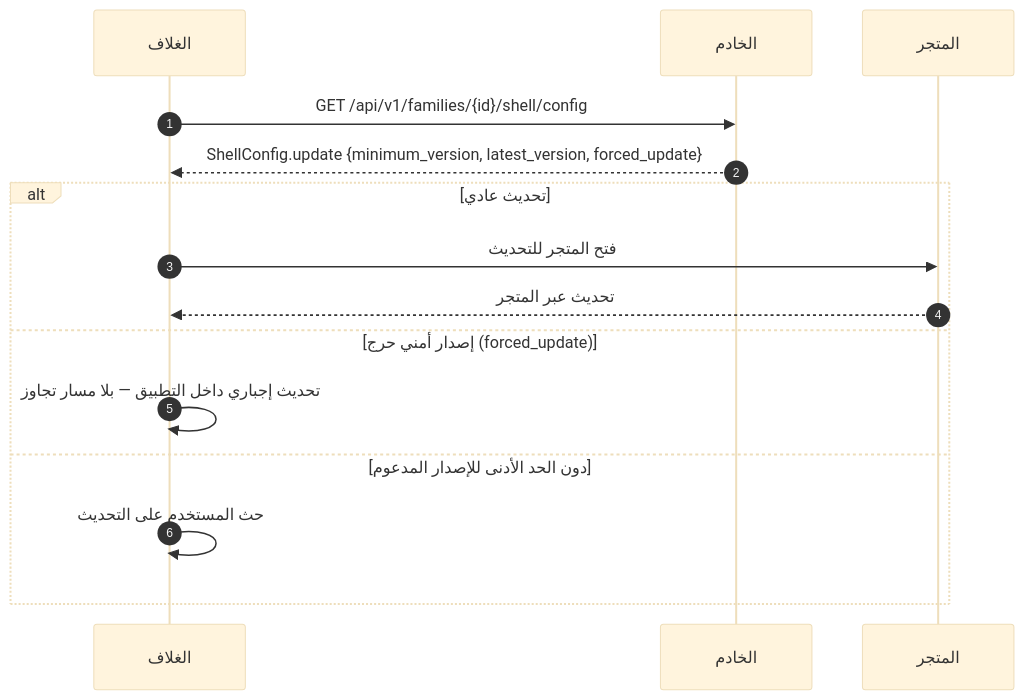
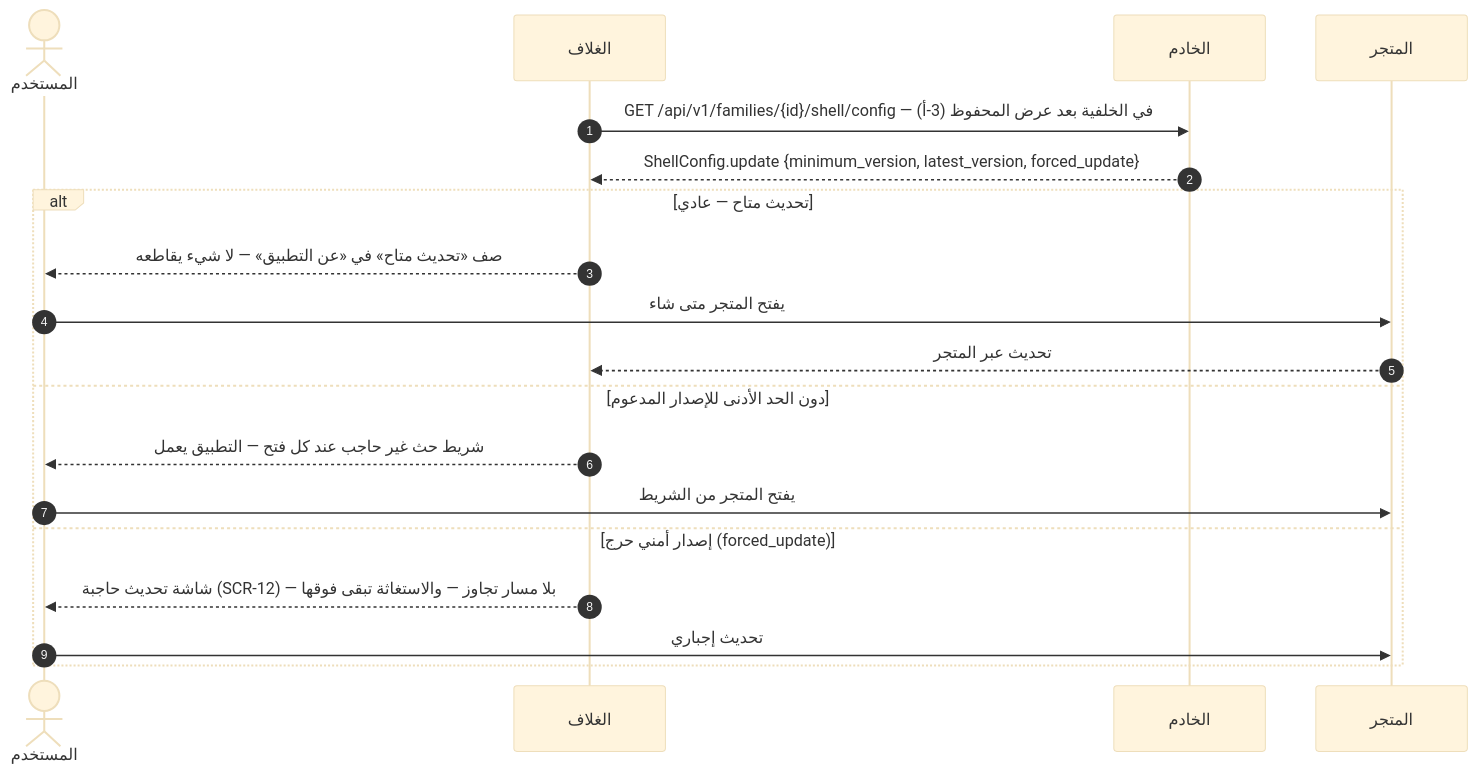
The tenth of 15 diagrams in docs/family-os/governance/phases/phase-1/S1-01-app-shell-and-platform/DIAGRAMS.md (Bassam-mohammed-alqaeadi/family-os-v2), drawn with Mermaid (base theme) before and after one commit. The commit also changed other lines of this file and 13 other files, not shown here.

First line of the commit message:
تحديث المخططات والمستندات بعد إغلاق S1-01 وS1-02 وS1-03 (Q-403)

````diff
--- a/docs/family-os/governance/phases/phase-1/S1-01-app-shell-and-platform/DIAGRAMS.md
+++ b/docs/family-os/governance/phases/phase-1/S1-01-app-shell-and-platform/DIAGRAMS.md
@@ -392,17 +384,21 @@
 ```mermaid
 sequenceDiagram
     autonumber
+    actor User as المستخدم
     participant Shell as الغلاف
     participant Ktor as الخادم
     participant Store as المتجر
-    Shell->>Ktor: GET /api/v1/families/{id}/shell/config
+    Shell->>Ktor: GET /api/v1/families/{id}/shell/config — في الخلفية بعد عرض المحفوظ (3-أ)
     Ktor-->>Shell: ShellConfig.update {minimum_version, latest_version, forced_update}
-    alt تحديث عادي
-        Shell->>Store: فتح المتجر للتحديث
+    alt تحديث متاح — عادي
+        Shell-->>User: صف «تحديث متاح» في «عن التطبيق» — لا شيء يقاطعه
+        User->>Store: يفتح المتجر متى شاء
         Store-->>Shell: تحديث عبر المتجر
+    else دون الحد الأدنى للإصدار المدعوم
+        Shell-->>User: شريط حث غير حاجب عند كل فتح — التطبيق يعمل
+        User->>Store: يفتح المتجر من الشريط
     else إصدار أمني حرج (forced_update)
-        Shell->>Shell: تحديث إجباري داخل التطبيق — بلا مسار تجاوز
-    else دون الحد الأدنى للإصدار المدعوم
-        Shell->>Shell: حث المستخدم على التحديث
+        Shell-->>User: شاشة تحديث حاجبة (SCR-12) — بلا مسار تجاوز — والاستغاثة تبقى فوقها
+        User->>Store: تحديث إجباري
     end
 ```
````
